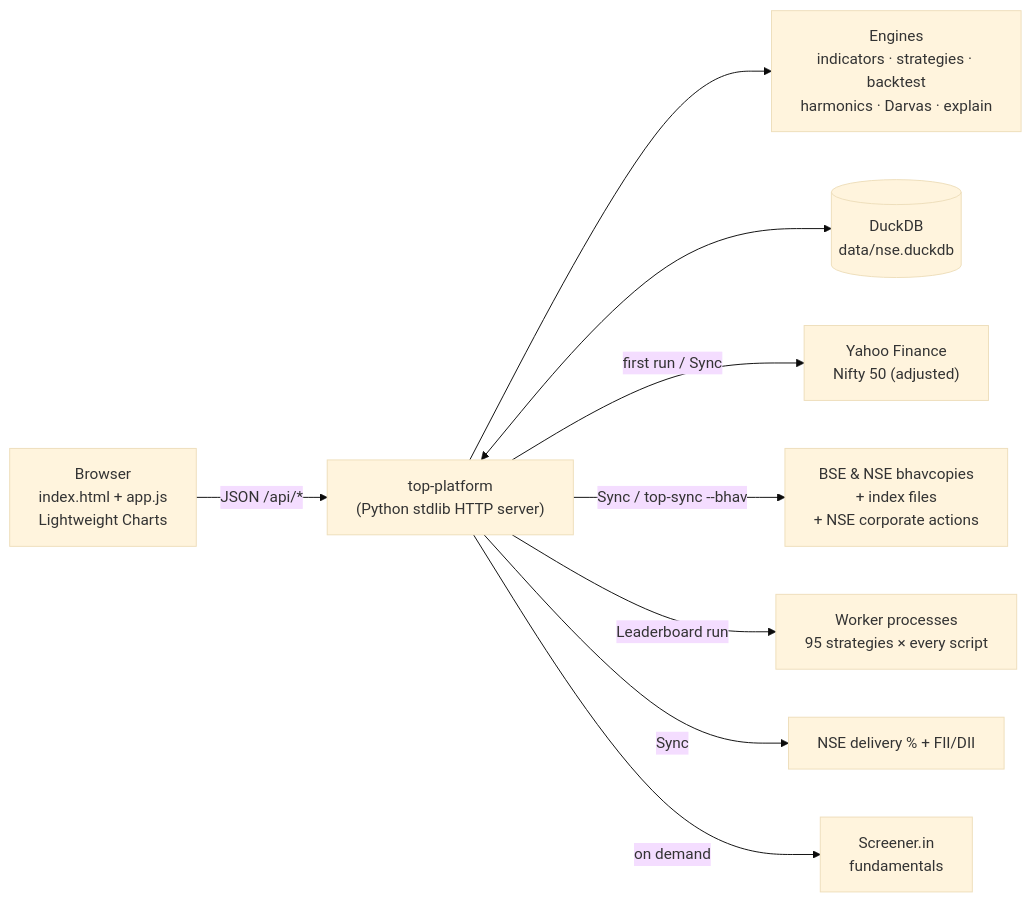
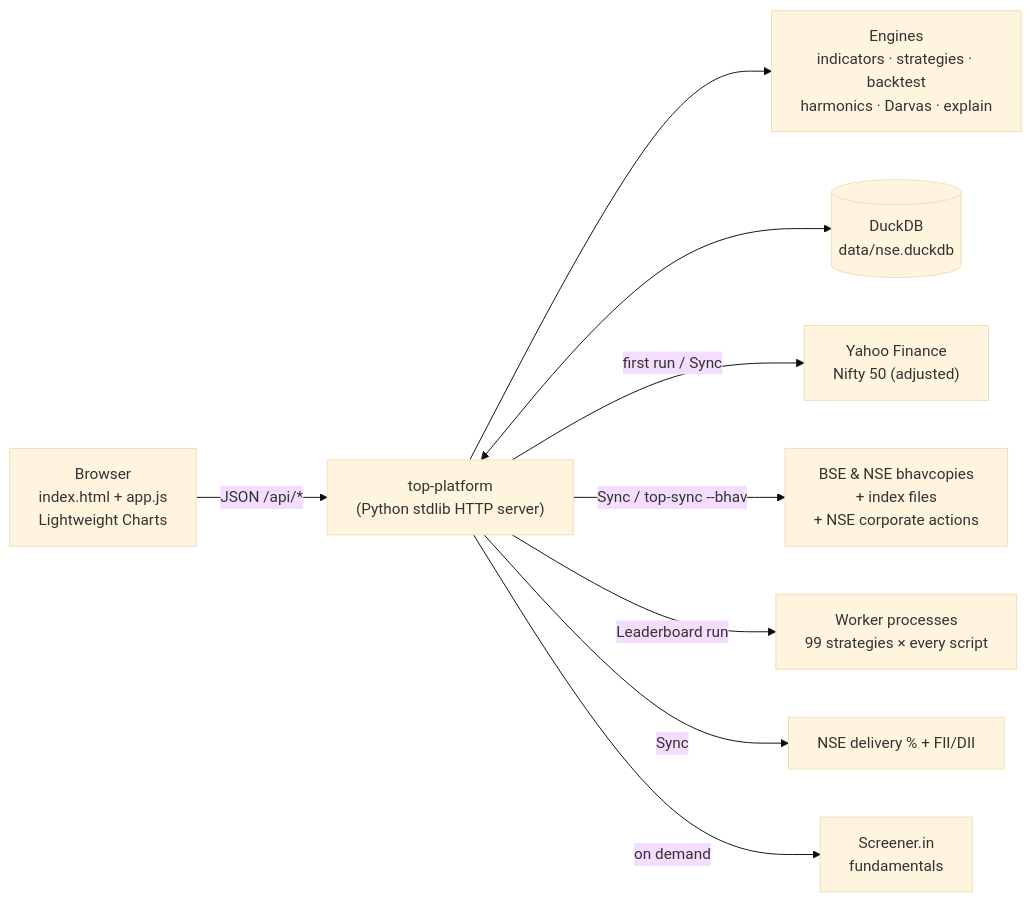
One commit to garv08/Trade-Observability-Platform changed the diagram in README.md. Above: the diagram before and after it, drawn with Mermaid (base theme). The commit also changed other lines of this file and 20 other files, not shown here.

````diff
--- a/README.md
+++ b/README.md
@@ -197,11 +198,11 @@
 ```mermaid
 flowchart LR
   B["Browser<br/>index.html + app.js<br/>Lightweight Charts"] -- "JSON /api/*" --> S["top-platform<br/>(Python stdlib HTTP server)"]
   S --> E["Engines<br/>indicators · strategies · backtest<br/>harmonics · Darvas · explain"]
   S <--> D[("DuckDB<br/>data/nse.duckdb")]
   S -- "first run / Sync" --> Y["Yahoo Finance<br/>Nifty 50 (adjusted)"]
   S -- "Sync / top-sync --bhav" --> X["BSE & NSE bhavcopies<br/>+ index files<br/>+ NSE corporate actions"]
-  S -- "Leaderboard run" --> W["Worker processes<br/>95 strategies × every script"]
+  S -- "Leaderboard run" --> W["Worker processes<br/>99 strategies × every script"]
   S -- "Sync" --> N["NSE delivery % + FII/DII"]
   S -- "on demand" --> F["Screener.in<br/>fundamentals"]
 ```
````
